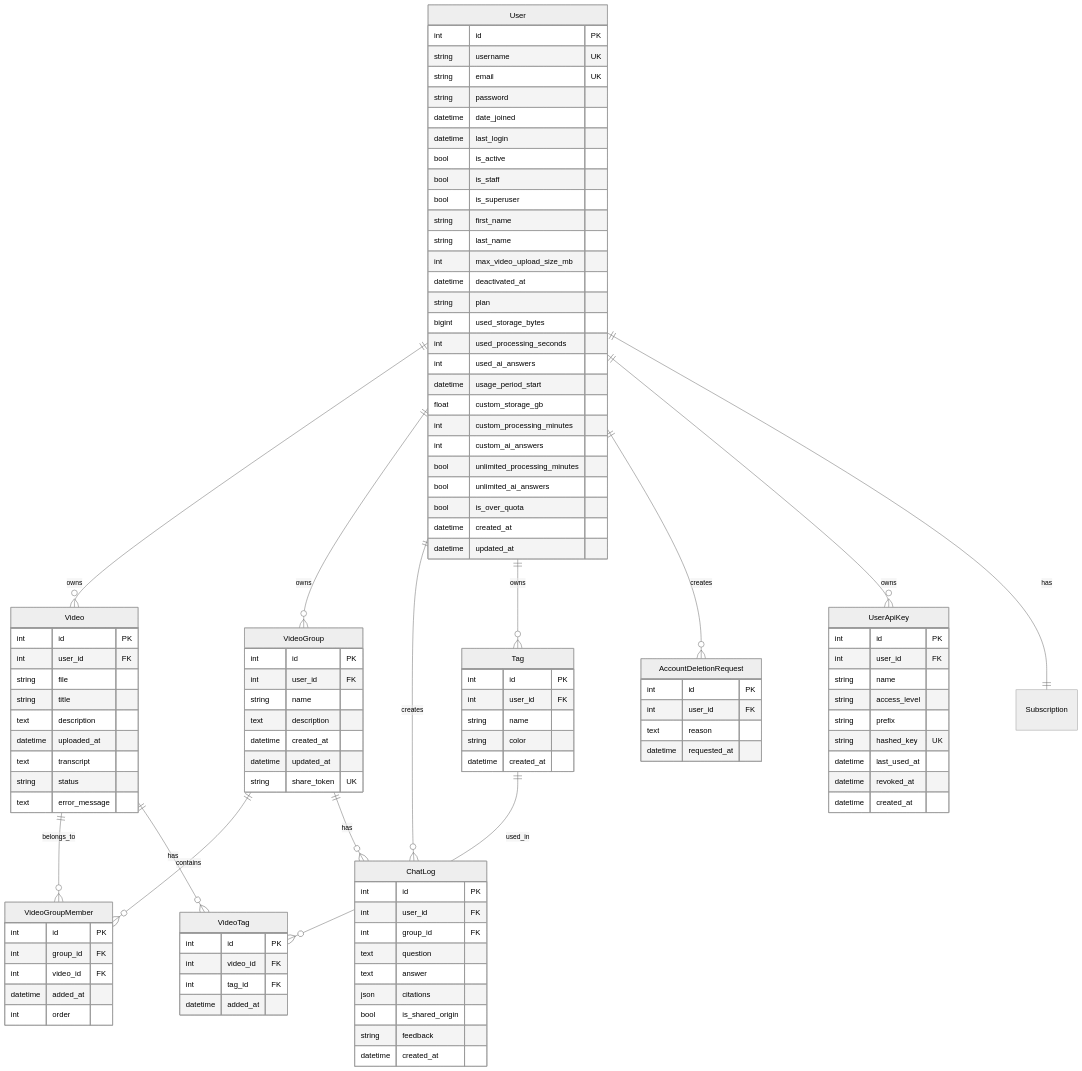
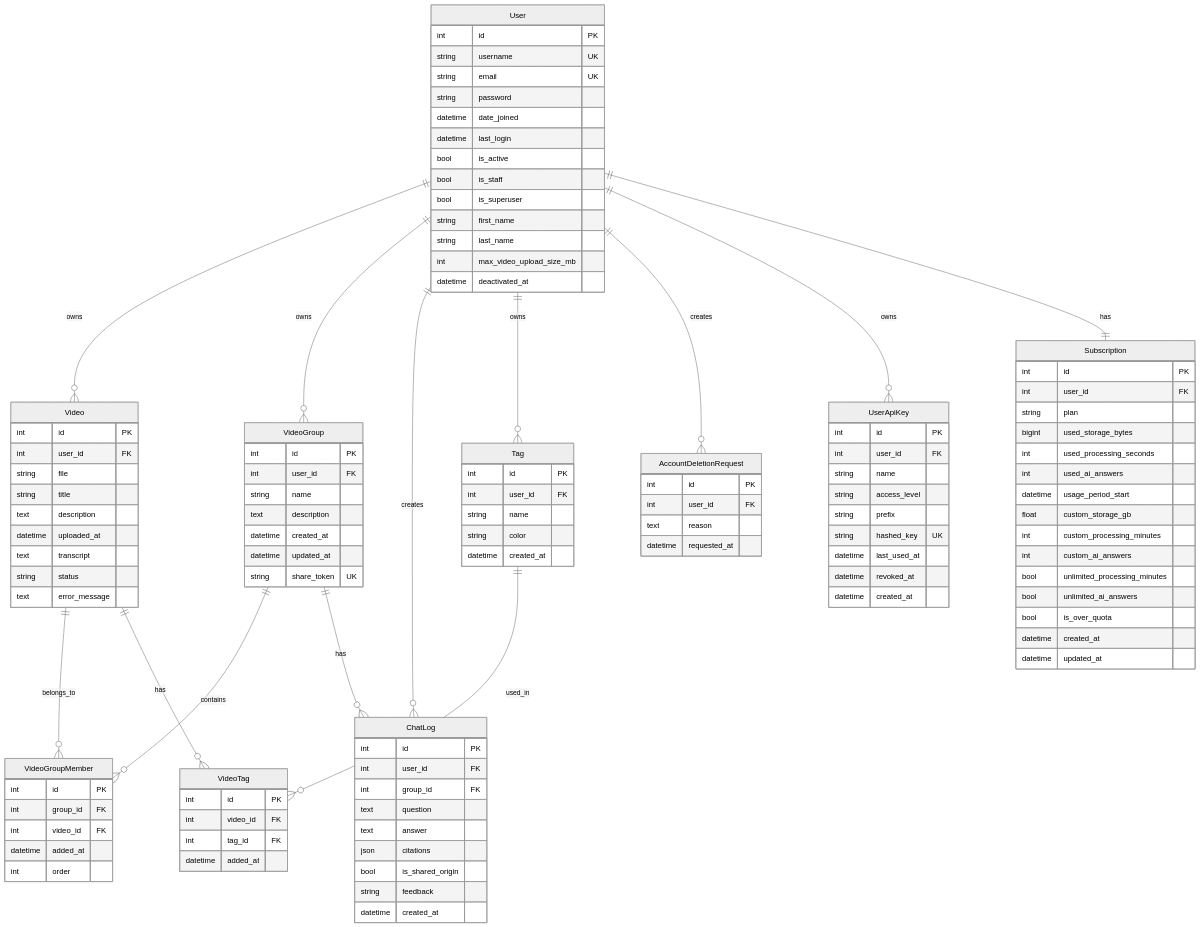
Before and after one commit to yukiharada1228/videoq: the diagram in docs/database/er-diagram.md, drawn with Mermaid (neutral theme). The commit also changed 4 other files, not shown here.

First line of the commit message:
Fix Mermaid parse errors and update docs to match current project

```diff
--- a/docs/database/er-diagram.md
+++ b/docs/database/er-diagram.md
@@ -37,7 +37,9 @@
         datetime deactivated_at
     }
 
-    User {
+    Subscription {
+        int id PK
+        int user_id FK
         string plan
         bigint used_storage_bytes
         int used_processing_seconds
```
